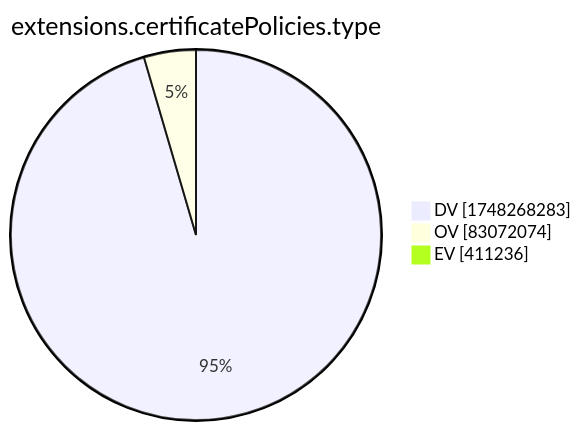
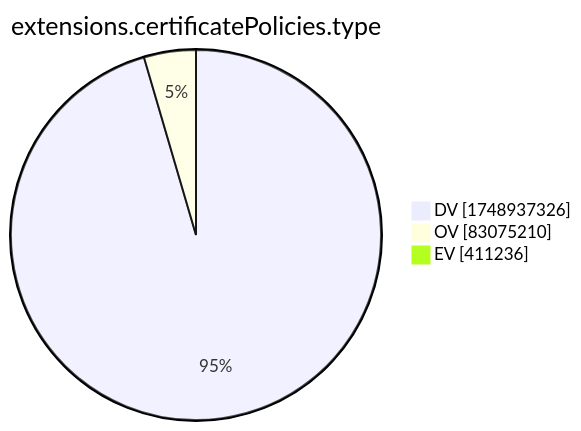
One commit to christiankrug/ctmonitor_visualization changed the tenth of 15 diagrams in xenon2022/README.md. Above: the diagram before and after it, drawn with Mermaid. The commit also changed other lines of this file, not shown here.

````diff
--- a/xenon2022/README.md
+++ b/xenon2022/README.md
@@ -2881,7 +2881,7 @@
 ```mermaid
 pie showData
 title extensions.certificatePolicies.type
-"DV" :1748268283
-"OV" :83072074
+"DV" :1748937326
+"OV" :83075210
 "EV" :411236
 ```
````
